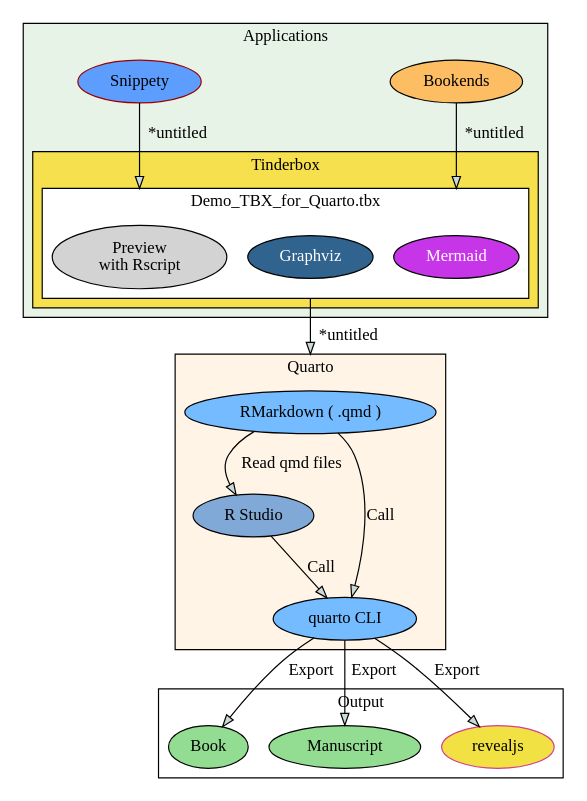
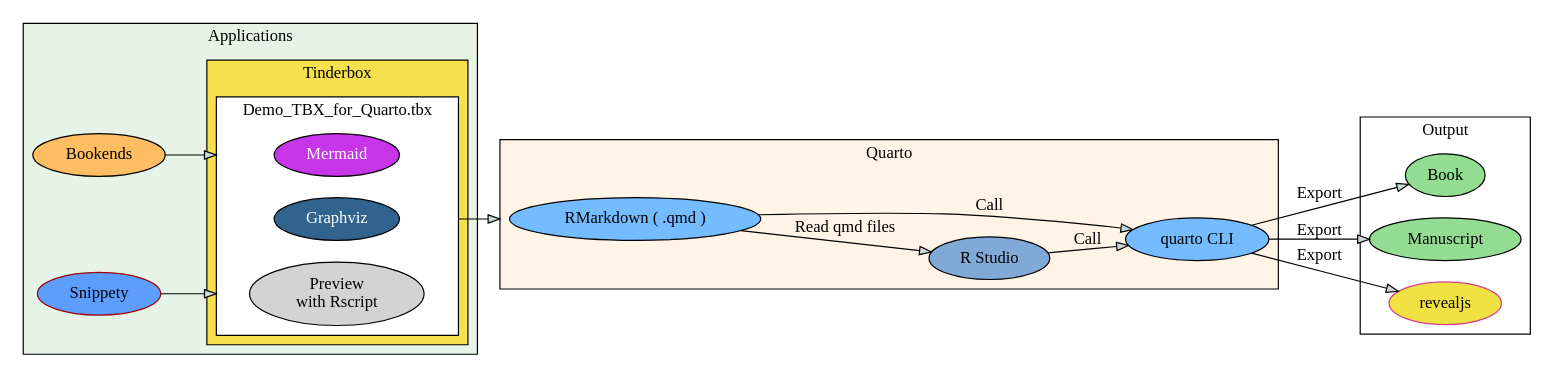
One commit to fryagbye/tinderboxwithquarto changed the diagram in output/index.qmd. Above: the diagram before and after it, drawn with Graphviz. The commit also changed other lines of this file and 186 other files, not shown here.

```diff
--- a/output/index.qmd
+++ b/output/index.qmd
@@ -26,7 +27,7 @@
 digraph {
     layout=dot
     compound=true
-    graph [charset = "UTF-8" splines = "spline" ];
+    graph [charset="UTF-8" splines="spline" rankdir="LR" ];
 subgraph cluster_A{
                         label="Applications"
                         spline="curved"
@@ -95,9 +96,9 @@
 J [ style="filled"  label="Manuscript" color="#000000", penwidth="1", fillcolor="#93dd93", fontcolor="#000000"]
 K [ style="filled"  label="revealjs" color="#d53f8c", penwidth="1", fillcolor="#f2e142", fontcolor="#000000"]
 
-A -> C [label = "*untitled" fillcolor="#cbd9d7" fontcolor="#000000" lhead = "cluster_C" ltail = "cluster_A" ]
-B -> E [label = "*untitled" fillcolor="#cbd9d7" fontcolor="#000000" lhead = "cluster_C" ]
-D -> G [label = "*untitled" fillcolor="#cbd9d7" fontcolor="#000000" lhead = "cluster_D" ltail = "cluster_C" ]
+A -> C [fillcolor="#cbd9d7" fontcolor="#000000" lhead = "cluster_C" ltail = "cluster_A" ]
+B -> E [fillcolor="#cbd9d7" fontcolor="#000000" lhead = "cluster_C" ]
+D -> G [fillcolor="#cbd9d7" fontcolor="#000000" lhead = "cluster_D" ltail = "cluster_C" ]
 F -> H [label = "Call" fillcolor="#cbd9d7" fontcolor="#000000" ]
 G -> F [label = "Read qmd files" fillcolor="#cbd9d7" fontcolor="#000000" ]
 G -> H [label = "Call" fillcolor="#cbd9d7" fontcolor="#000000" ]
```
